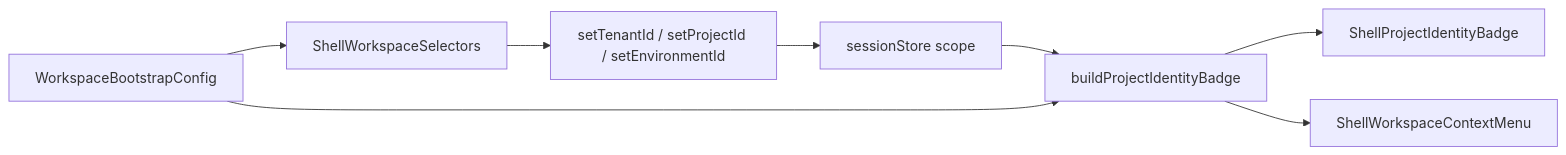
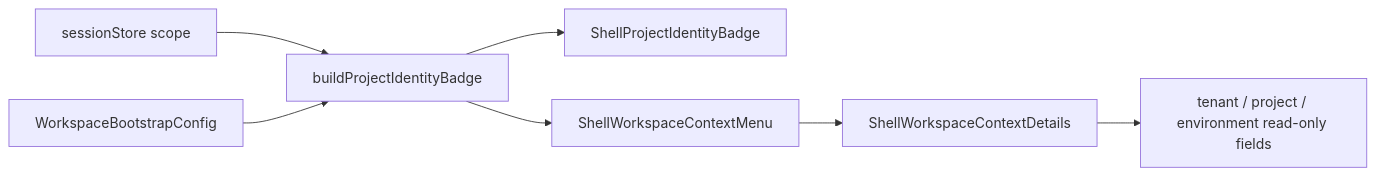
One commit to dunay2/dvt changed the eighth of 8 diagrams in docs/architecture/components/web/appshell/app-shell.md. Above: the diagram before and after it, drawn with Mermaid. The commit also changed other lines of this file and 31 other files, not shown here.

Commit message:
fix(web): Make shell workspace context read-only

````diff
--- a/docs/architecture/components/web/appshell/app-shell.md
+++ b/docs/architecture/components/web/appshell/app-shell.md
@@ -248,10 +257,9 @@
 ```mermaid
 flowchart LR
   Store["sessionStore scope"] --> Model["buildProjectIdentityBadge"]
   Config["WorkspaceBootstrapConfig"] --> Model
   Model --> Badge["ShellProjectIdentityBadge"]
   Model --> Menu["ShellWorkspaceContextMenu"]
-  Config --> Selectors["ShellWorkspaceSelectors"]
-  Selectors --> Commands["setTenantId / setProjectId / setEnvironmentId"]
-  Commands --> Store
+  Menu --> Details["ShellWorkspaceContextDetails"]
+  Details --> Context["tenant / project / environment read-only fields"]
 ```
````
